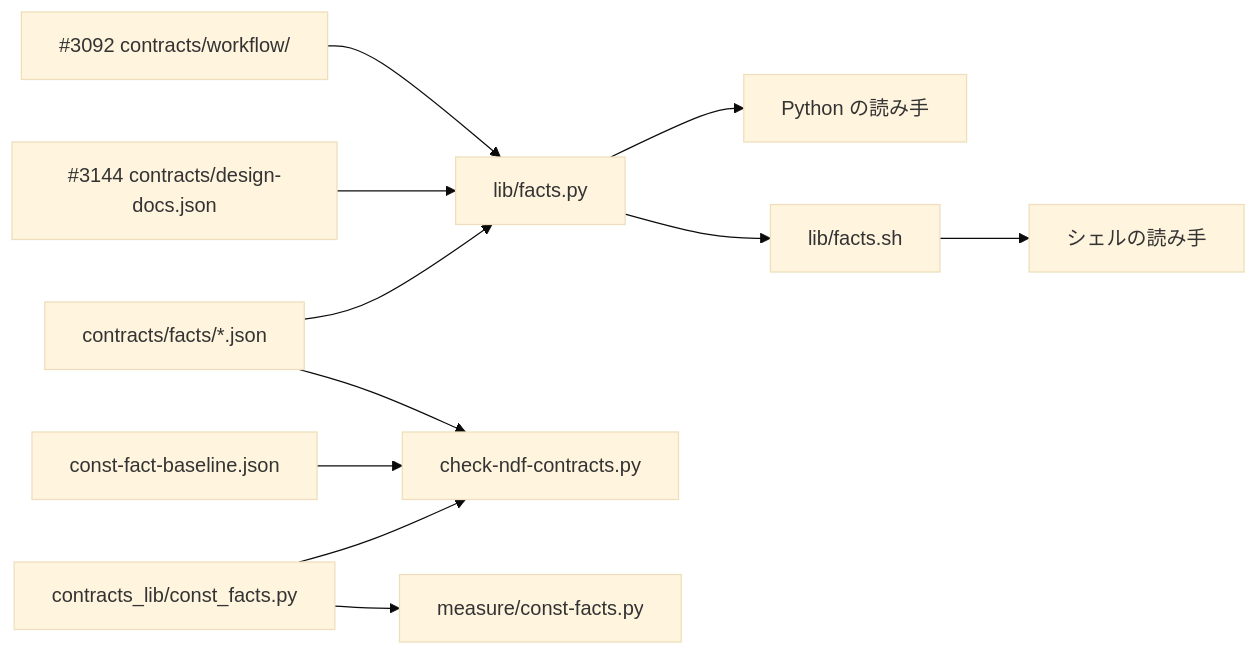
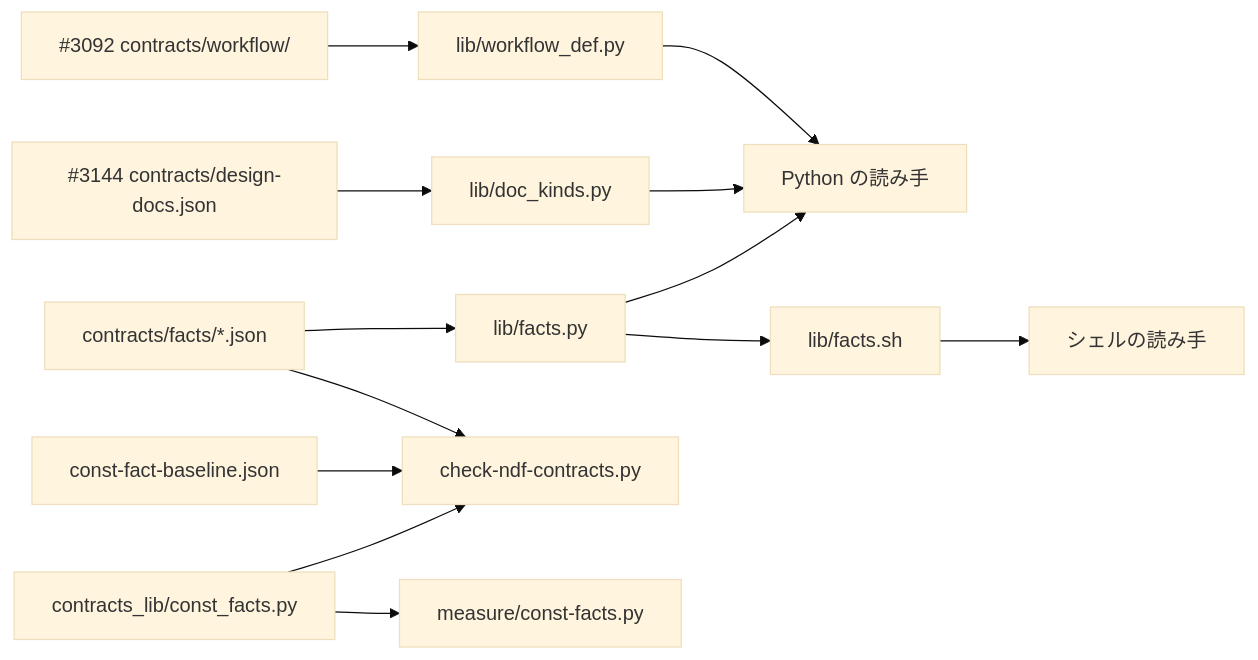
Before and after one commit to devbasex/ai-plugins: the first of 2 diagrams in issues/issue-1142-design-data.md, drawn with Mermaid (base theme). The commit also changed other lines of this file and 11 other files, not shown here.

````diff
--- a/issues/issue-1142-design-data.md
+++ b/issues/issue-1142-design-data.md
@@ -186,13 +188,15 @@
 ```mermaid
 flowchart LR
   T[contracts/facts/*.json] --> F[lib/facts.py]
-  W[#3092 contracts/workflow/] --> F
-  D[#3144 contracts/design-docs.json] --> F
+  W[#3092 contracts/workflow/] --> WD[lib/workflow_def.py]
+  D[#3144 contracts/design-docs.json] --> DK[lib/doc_kinds.py]
   F --> P[Python の読み手]
+  WD --> P
+  DK --> P
   F --> S[lib/facts.sh]
   S --> H[シェルの読み手]
   C[contracts_lib/const_facts.py] --> K[check-ndf-contracts.py]
   C --> M[measure/const-facts.py]
   B[const-fact-baseline.json] --> K
   T --> K
 ```
````
